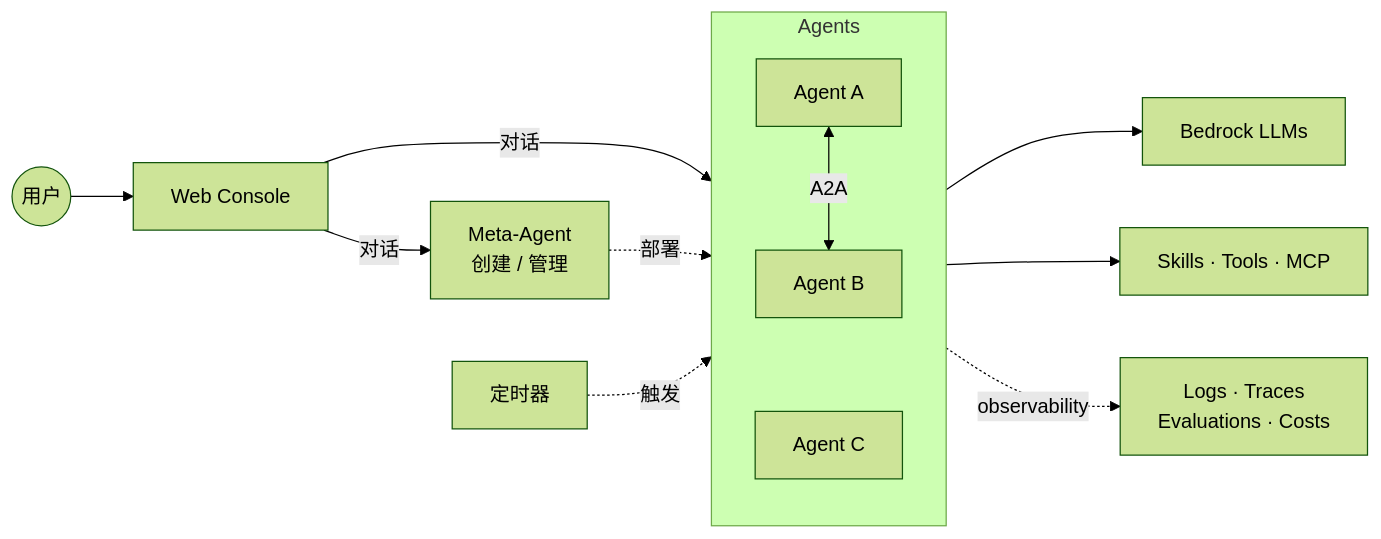
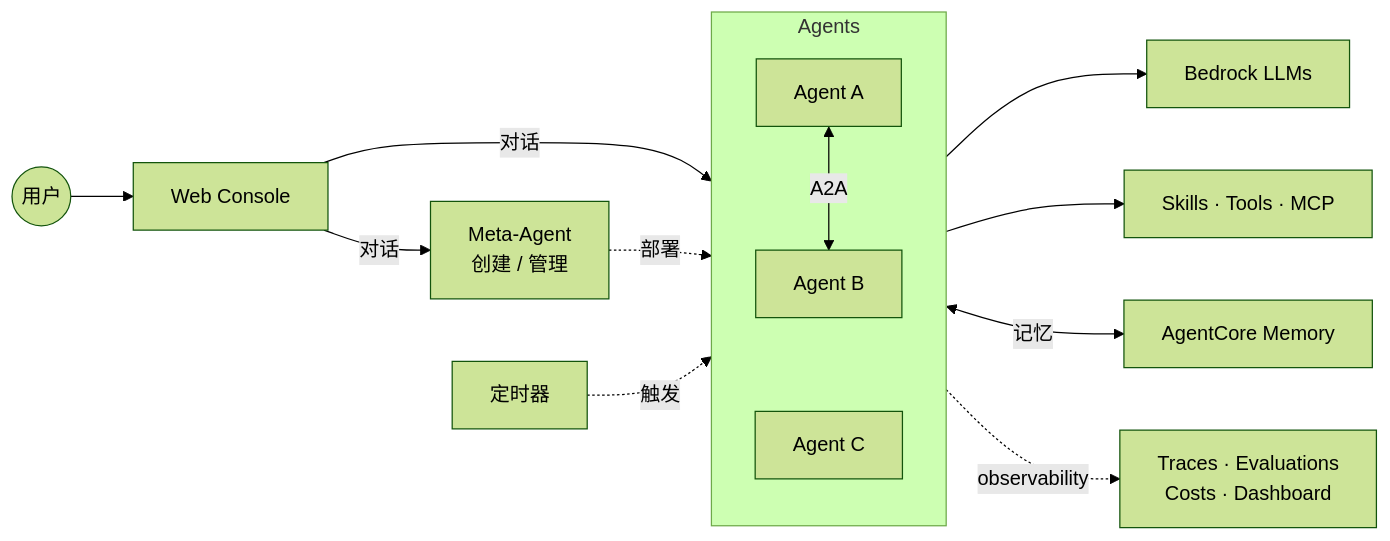
Before and after one commit to ddpie/agent-studio: the first of 2 diagrams in README.md, drawn with Mermaid (forest theme). The commit also changed other lines of this file, not shown here.

Commit message:
docs(readme): add cross-session memory and observability dashboard to feature list

````diff
--- a/README.md
+++ b/README.md
@@ -19,19 +20,20 @@
 ```mermaid
 graph LR
     User((用户)) --> Web[Web Console]
     Cron[定时器]
     Web -->|对话| Meta[Meta-Agent<br/>创建 / 管理]
 
     subgraph Agents
         direction TB
         A1[Agent A] <-->|A2A| A2[Agent B]
         A2 ~~~ A3[Agent C]
     end
 
     Web -->|对话| Agents
     Meta -.部署.-> Agents
     Cron -.触发.-> Agents
     Agents --> LLM[Bedrock LLMs]
     Agents --> Ext[Skills · Tools · MCP]
-    Agents -.observability.-> Obs[Logs · Traces<br/>Evaluations · Costs]
+    Agents <-->|记忆| Mem[AgentCore Memory]
+    Agents -.observability.-> Obs[Traces · Evaluations<br/>Costs · Dashboard]
 ```
````
